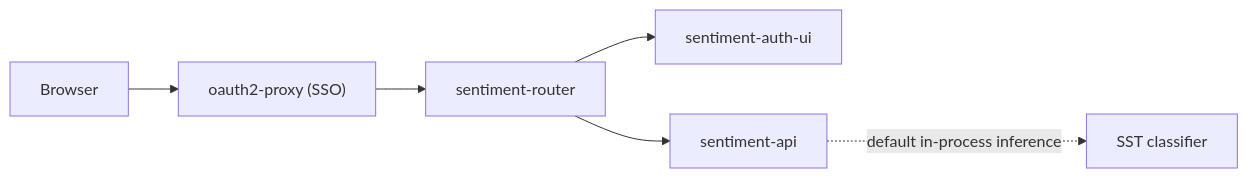
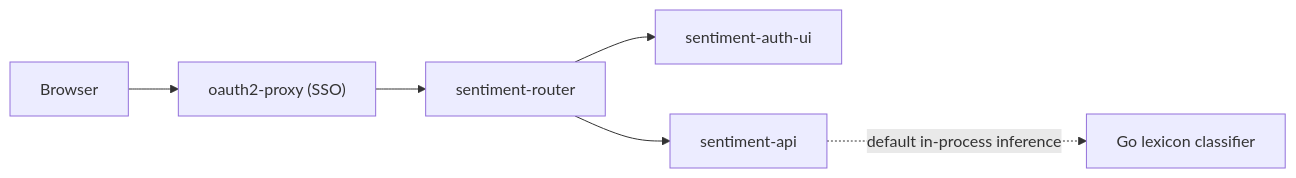
Before and after one commit to nickromney/platform: the second of 2 diagrams in kubernetes/kind/docs/sample-apps.md, drawn with Mermaid. The commit also changed other lines of this file and 214 other files, not shown here.

````diff
--- a/kubernetes/kind/docs/sample-apps.md
+++ b/kubernetes/kind/docs/sample-apps.md
@@ -50,8 +50,8 @@
 ```mermaid
 flowchart LR
     user["Browser"] --> sso["oauth2-proxy (SSO)"]
     sso --> router["sentiment-router"]
     router --> fe["sentiment-auth-ui"]
     router --> api["sentiment-api"]
-    api -. "default in-process inference" .-> sst["SST classifier"]
+    api -. "default in-process inference" .-> classifier["Go lexicon classifier"]
 ```
````
